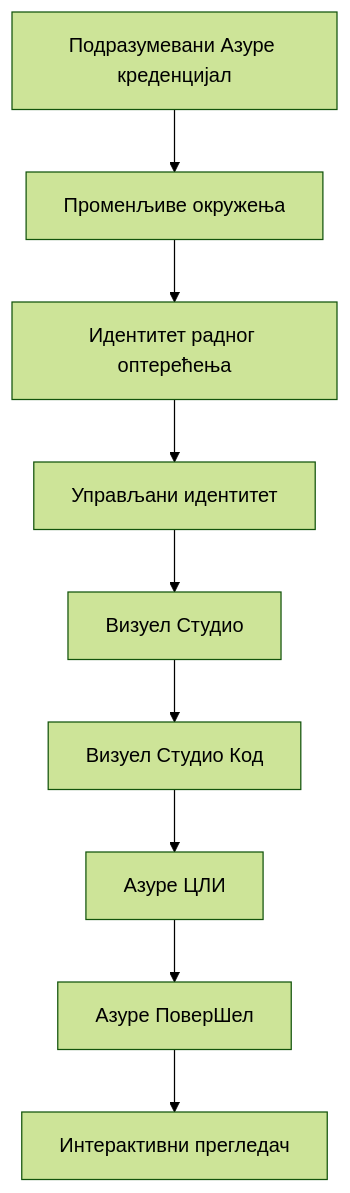
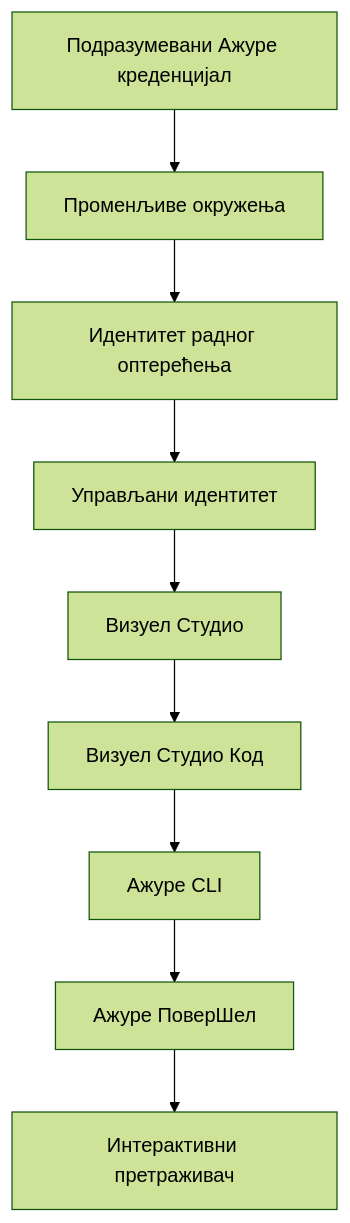
The second of 2 diagrams in translations/sr/docs/chapter-01-foundation/azd-basics.md (microsoft/AZD-for-beginners), drawn with Mermaid (forest theme) before and after one commit. The commit also changed other lines of this file and 104 other files, not shown here.

````diff
--- a/translations/sr/docs/chapter-01-foundation/azd-basics.md
+++ b/translations/sr/docs/chapter-01-foundation/azd-basics.md
@@ -592,11 +608,11 @@
 ```mermaid
 graph TD
-    A[Подразумевани Азуре креденцијал] --> B[Променљиве окружења]
+    A[Подразумевани Ажуре креденцијал] --> B[Променљиве окружења]
     B --> C[Идентитет радног оптерећења]
     C --> D[Управљани идентитет]
     D --> E[Визуел Студио]
     E --> F[Визуел Студио Код]
-    F --> G[Азуре ЦЛИ]
-    G --> H[Азуре ПоверШел]
-    H --> I[Интерактивни прегледач]
+    F --> G[Ажуре CLI]
+    G --> H[Ажуре ПоверШел]
+    H --> I[Интерактивни претраживач]
 ```
````
